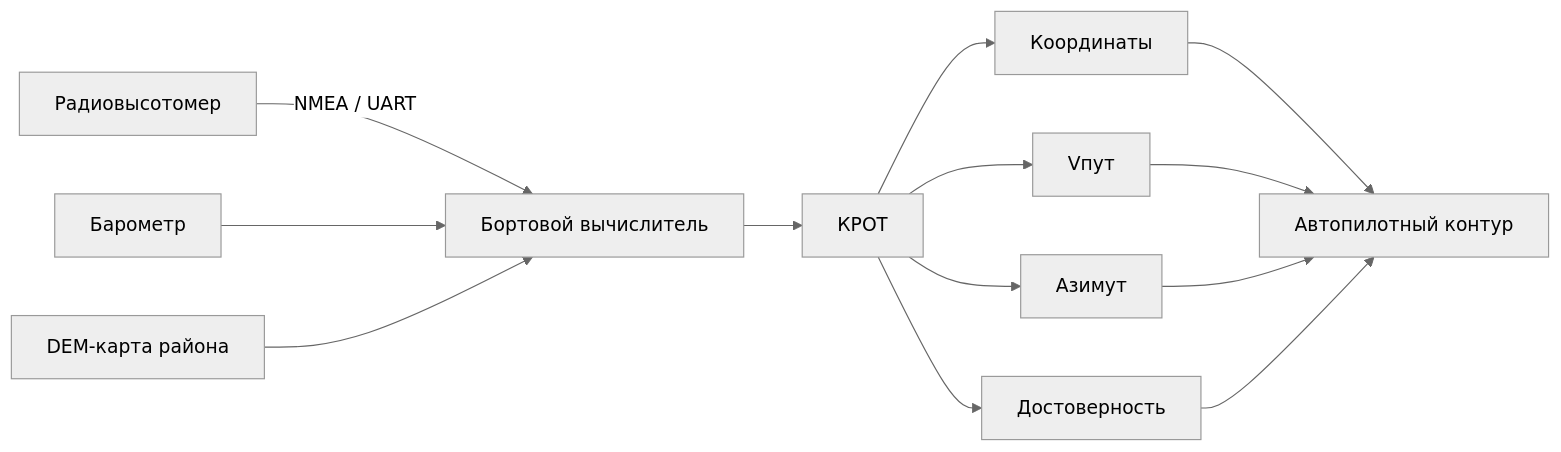
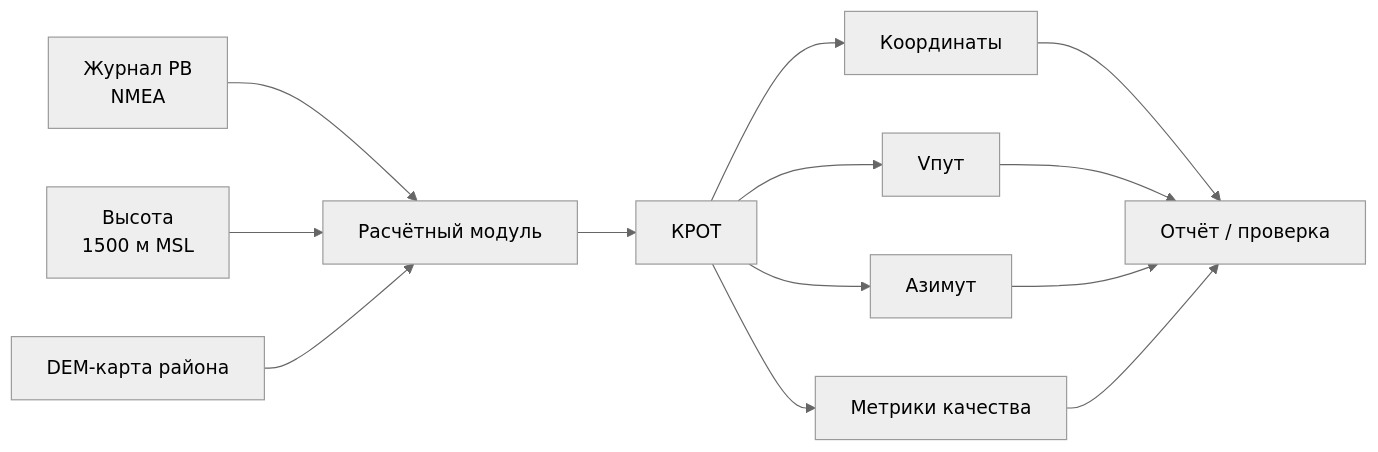
One commit to rub1kub/where-are-we-barista changed the third of 3 diagrams in README.md. Above: the diagram before and after it, drawn with Mermaid (neutral theme). The commit also changed other lines of this file and 9 other files, not shown here.

````diff
--- a/README.md
+++ b/README.md
@@ -183,15 +194,15 @@
 ```mermaid
 flowchart LR
-    A["Радиовысотомер"] -->|NMEA / UART| B["Бортовой вычислитель"]
-    C["Барометр"] --> B
+    A["Журнал РВ<br/>NMEA"] --> B["Расчётный модуль"]
+    C["Высота<br/>1500 м MSL"] --> B
     D["DEM-карта района"] --> B
     B --> E["КРОТ"]
     E --> F["Координаты"]
     E --> G["Vпут"]
     E --> H["Азимут"]
-    E --> I["Достоверность"]
-    F --> J["Автопилотный контур"]
+    E --> I["Метрики качества"]
+    F --> J["Отчёт / проверка"]
     G --> J
     H --> J
     I --> J
 ```
````
